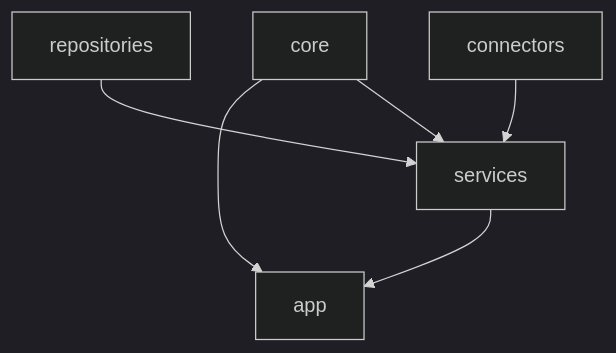
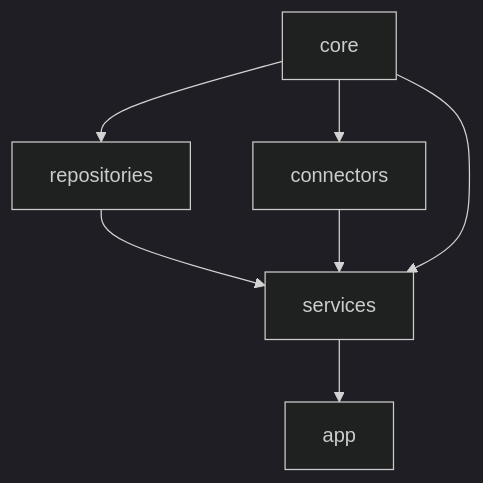
Before and after one commit to hmrc/income-tax-view-change-frontend: the diagram in README.md, drawn with Mermaid (dark theme). The commit also changed other lines of this file, not shown here.

Commit message:
MISUV-8188:   * add dependency diagram (PROPOSAL) - update [1];

````diff
--- a/README.md
+++ b/README.md
@@ -103,8 +109,9 @@
 ```mermaid
 graph TD;
-    core-->app;
+    core-->repositories;
     repositories-->services;
+    core-->connectors;
     connectors-->services;
     core-->services;
     services-->app;
 ```
````
